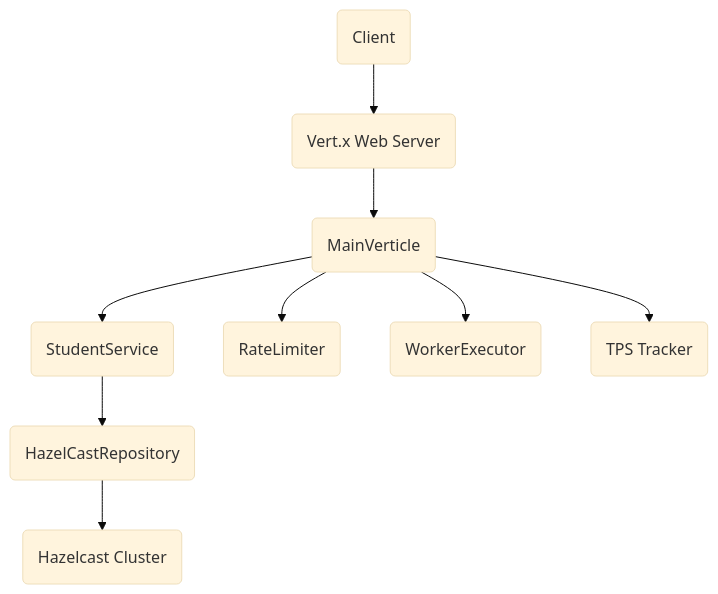
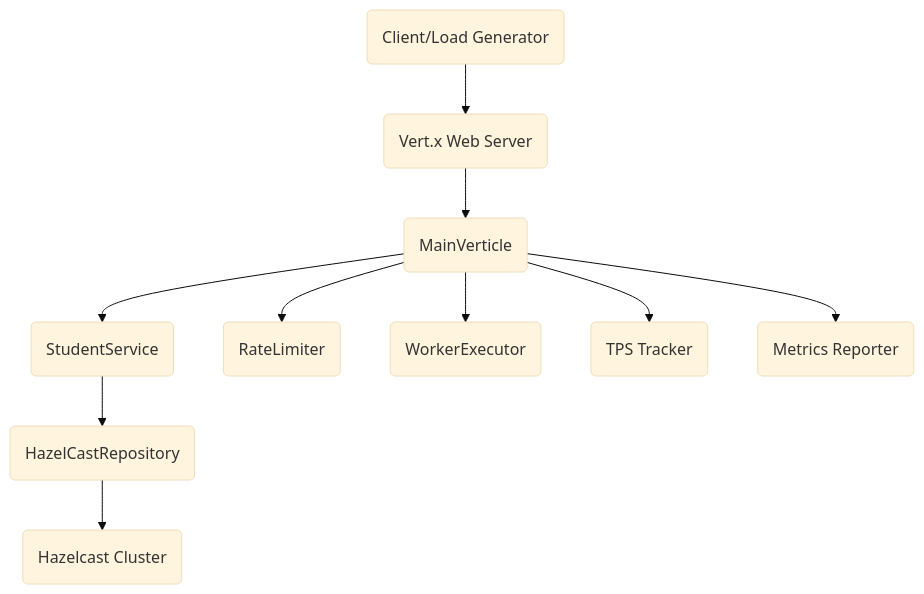
Before and after one commit to kalyanRam8101/HazelcastTPSReduction: the diagram in README.md, drawn with Mermaid (base theme). The commit also changed other lines of this file, not shown here.

Commit message:
docs: update README with interactive API docs and GitHub-compatible Mermaid diagrams

````diff
--- a/README.md
+++ b/README.md
@@ -29,11 +43,12 @@
 ```mermaid
 graph TD
-    A(Client) --> B(Vert.x Web Server)
+    A(Client/Load Generator) --> B(Vert.x Web Server)
     B --> C(MainVerticle)
     C --> D(StudentService)
     D --> E(HazelCastRepository)
     E --> F(Hazelcast Cluster)
     C --> G(RateLimiter)
     C --> H(WorkerExecutor)
     C --> I(TPS Tracker)
+    C --> J(Metrics Reporter)
 ```
````
